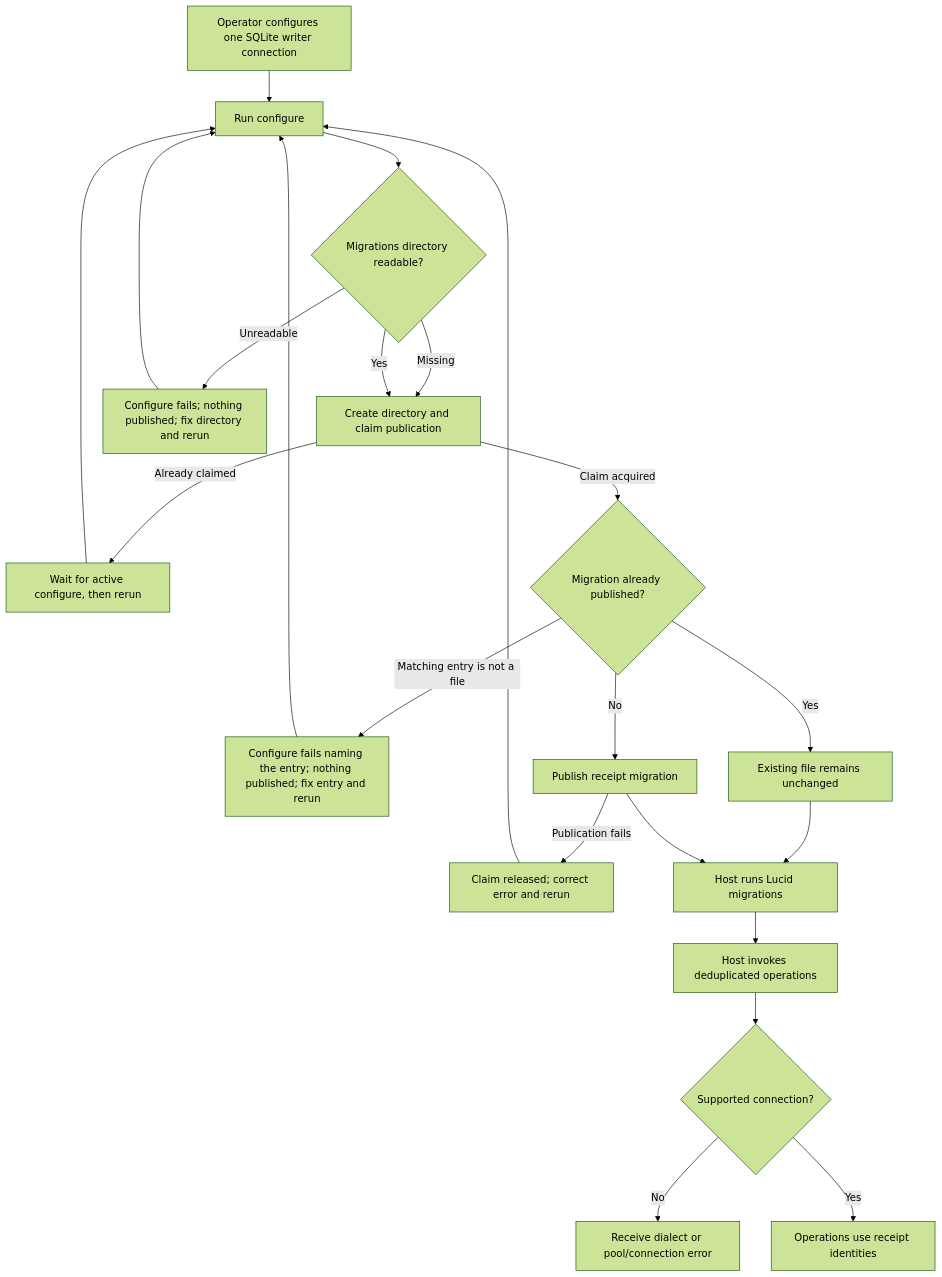
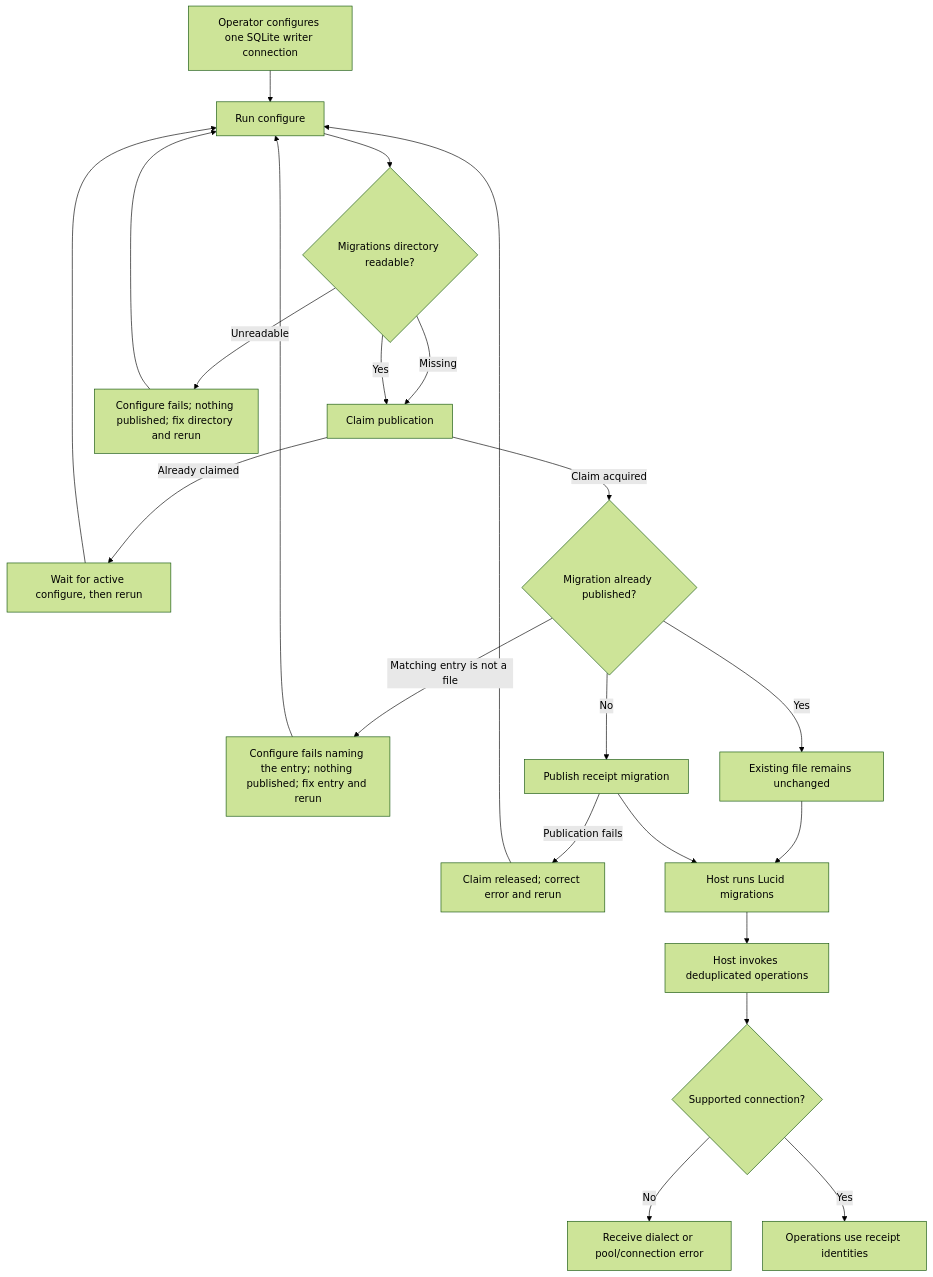
One commit to Kevinjohn/oss-adonisjs-duplicate-request-guard changed the first of 2 diagrams in user-stories/US-GUARD-04-operate-receipts.md. Above: the diagram before and after it, drawn with Mermaid (forest theme). The commit also changed other lines of this file and 49 other files, not shown here.

````diff
--- a/user-stories/US-GUARD-04-operate-receipts.md
+++ b/user-stories/US-GUARD-04-operate-receipts.md
@@ -25,24 +25,24 @@
 ```mermaid
 flowchart TD
     A["Operator configures one SQLite writer connection"] --> B["Run configure"]
     B --> R{"Migrations directory readable?"}
-    R -->|Missing| L["Create directory and claim publication"]
+    R -->|Missing| L["Claim publication"]
     R -->|Unreadable| X["Configure fails; nothing published; fix directory and rerun"]
     X --> B
     R -->|Yes| L
     L -->|Already claimed| Z["Wait for active configure, then rerun"]
     Z --> B
     L -->|Claim acquired| C{"Migration already published?"}
     C -->|Matching entry is not a file| Y["Configure fails naming the entry; nothing published; fix entry and rerun"]
     Y --> B
     C -->|Yes| D["Existing file remains unchanged"]
     C -->|No| E["Publish receipt migration"]
     E -->|Publication fails| P["Claim released; correct error and rerun"]
     P --> B
     D --> M["Host runs Lucid migrations"]
     E --> M
     M --> F["Host invokes deduplicated operations"]
     F --> G{"Supported connection?"}
     G -->|No| H["Receive dialect or pool/connection error"]
     G -->|Yes| I["Operations use receipt identities"]
 ```
````
